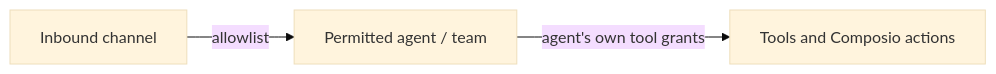
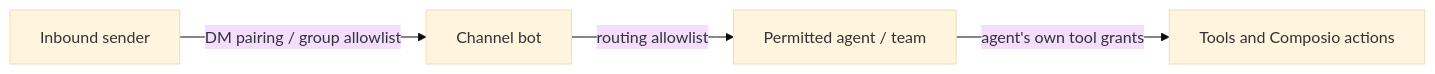
Before and after one commit to amajorai/ryu-docs: the diagram in content/docs/security/channel-allowlists.mdx, drawn with Mermaid (base theme). The commit also changed other lines of this file and 9 other files, not shown here.

````diff
--- a/content/docs/security/channel-allowlists.mdx
+++ b/content/docs/security/channel-allowlists.mdx
@@ -18,5 +63,6 @@
 ```mermaid
 flowchart LR
-  Channel[Inbound channel] -->|allowlist| Agent[Permitted agent / team]
+  Sender[Inbound sender] -->|DM pairing / group allowlist| Channel[Channel bot]
+  Channel -->|routing allowlist| Agent[Permitted agent / team]
   Agent -->|agent's own tool grants| Tools[Tools and Composio actions]
 ```
````
